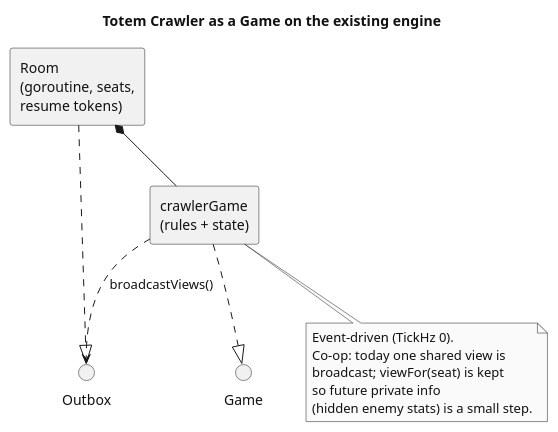
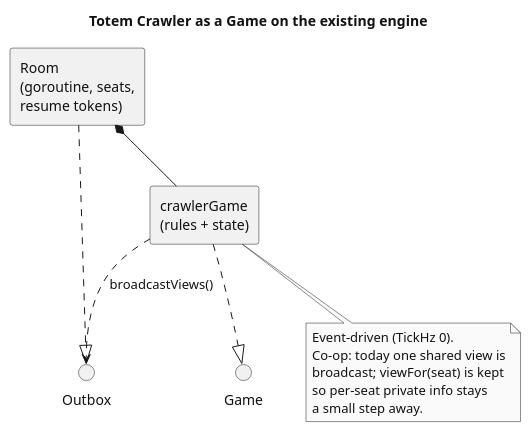
One commit to Niklasvdm/TotemAppIT changed the first of 5 diagrams in docs/crawler-architecture.md. Above: the diagram before and after it, drawn with PlantUML. The commit also changed other lines of this file and 69 other files, not shown here.

````diff
--- a/docs/crawler-architecture.md
+++ b/docs/crawler-architecture.md
@@ -52,23 +52,23 @@
 ```plantuml
 @startuml crawler-engine-fit
 title Totem Crawler as a Game on the existing engine
 skinparam shadowing false
 skinparam backgroundColor #FFFFFF
 skinparam monochrome true
 skinparam defaultFontColor #111111
 skinparam componentStyle rectangle
 
 interface Game
 interface Outbox
 
 [Room\n(goroutine, seats,\nresume tokens)] as Room
 [crawlerGame\n(rules + state)] as CG
 
 Room ..|> Outbox
 Room *-- CG
 CG ..|> Game
 CG ..> Outbox : broadcastViews()
 
-note bottom of CG : Event-driven (TickHz 0).\nCo-op: today one shared view is\nbroadcast; viewFor(seat) is kept\nso future private info\n(hidden enemy stats) is a small step.
+note bottom of CG : Event-driven (TickHz 0).\nCo-op: today one shared view is\nbroadcast; viewFor(seat) is kept\nso per-seat private info stays\na small step away.
 @enduml
 ```
````
